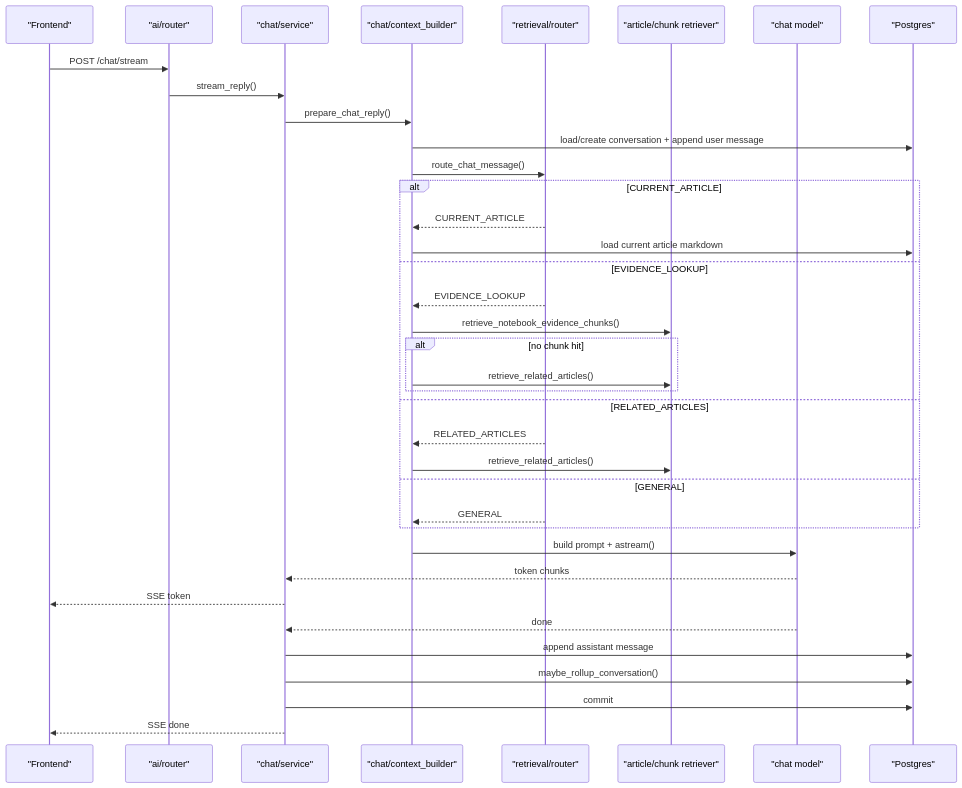
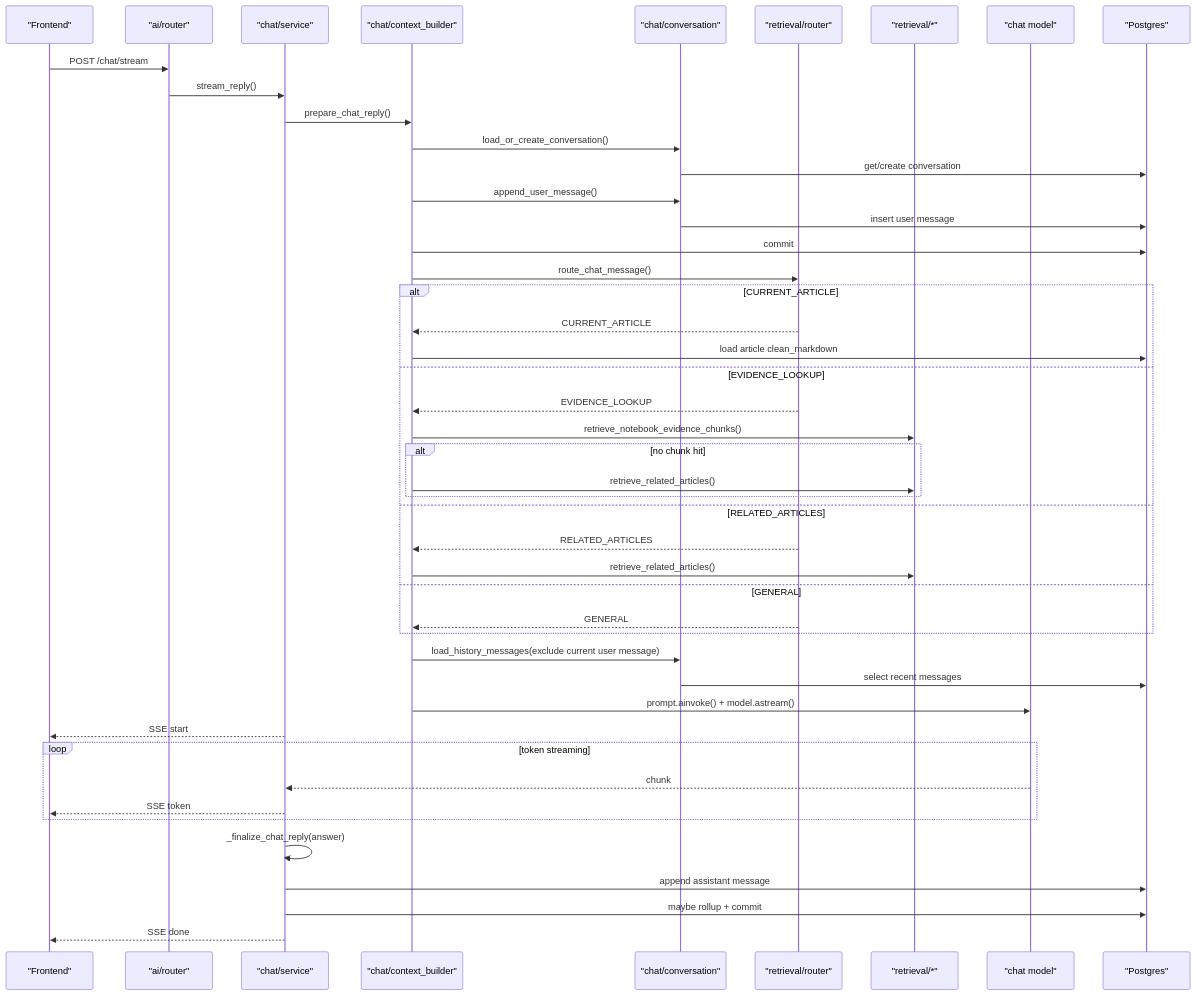
Diagram 16 of 20 in docs/system-architecture.md (jiyue333/notebooklm), drawn with Mermaid before and after one commit. The commit also changed other lines of this file and 89 other files, not shown here.

````diff
--- a/docs/system-architecture.md
+++ b/docs/system-architecture.md
@@ -681,42 +734,51 @@
 ```mermaid
 sequenceDiagram
     participant FE as "Frontend"
     participant API as "ai/router"
     participant Chat as "chat/service"
     participant Context as "chat/context_builder"
+    participant Conv as "chat/conversation"
     participant Route as "retrieval/router"
-    participant Retrieval as "article/chunk retriever"
+    participant Retrieval as "retrieval/*"
     participant LLM as "chat model"
     participant DB as "Postgres"
 
     FE->>API: POST /chat/stream
     API->>Chat: stream_reply()
     Chat->>Context: prepare_chat_reply()
-    Context->>DB: load/create conversation + append user message
+    Context->>Conv: load_or_create_conversation()
+    Conv->>DB: get/create conversation
+    Context->>Conv: append_user_message()
+    Conv->>DB: insert user message
+    Context->>DB: commit
     Context->>Route: route_chat_message()
 
     alt CURRENT_ARTICLE
         Route-->>Context: CURRENT_ARTICLE
-        Context->>DB: load current article markdown
+        Context->>DB: load article clean_markdown
     else EVIDENCE_LOOKUP
         Route-->>Context: EVIDENCE_LOOKUP
         Context->>Retrieval: retrieve_notebook_evidence_chunks()
         alt no chunk hit
             Context->>Retrieval: retrieve_related_articles()
         end
     else RELATED_ARTICLES
         Route-->>Context: RELATED_ARTICLES
         Context->>Retrieval: retrieve_related_articles()
     else GENERAL
         Route-->>Context: GENERAL
     end
 
-    Context->>LLM: build prompt + astream()
-    LLM-->>Chat: token chunks
-    Chat-->>FE: SSE token
-    LLM-->>Chat: done
+    Context->>Conv: load_history_messages(exclude current user message)
+    Conv->>DB: select recent messages
+    Context->>LLM: prompt.ainvoke() + model.astream()
+    Chat-->>FE: SSE start
+    loop token streaming
+        LLM-->>Chat: chunk
+        Chat-->>FE: SSE token
+    end
+    Chat->>Chat: _finalize_chat_reply(answer)
     Chat->>DB: append assistant message
-    Chat->>DB: maybe_rollup_conversation()
-    Chat->>DB: commit
+    Chat->>DB: maybe rollup + commit
     Chat-->>FE: SSE done
 ```
````
